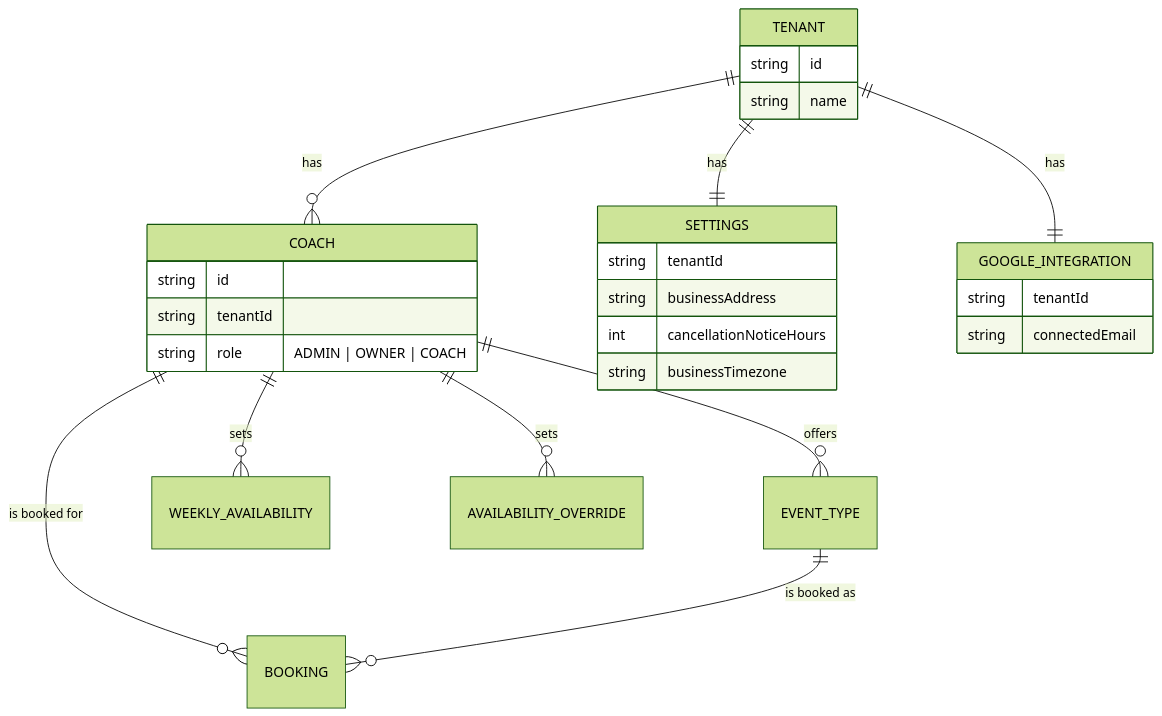
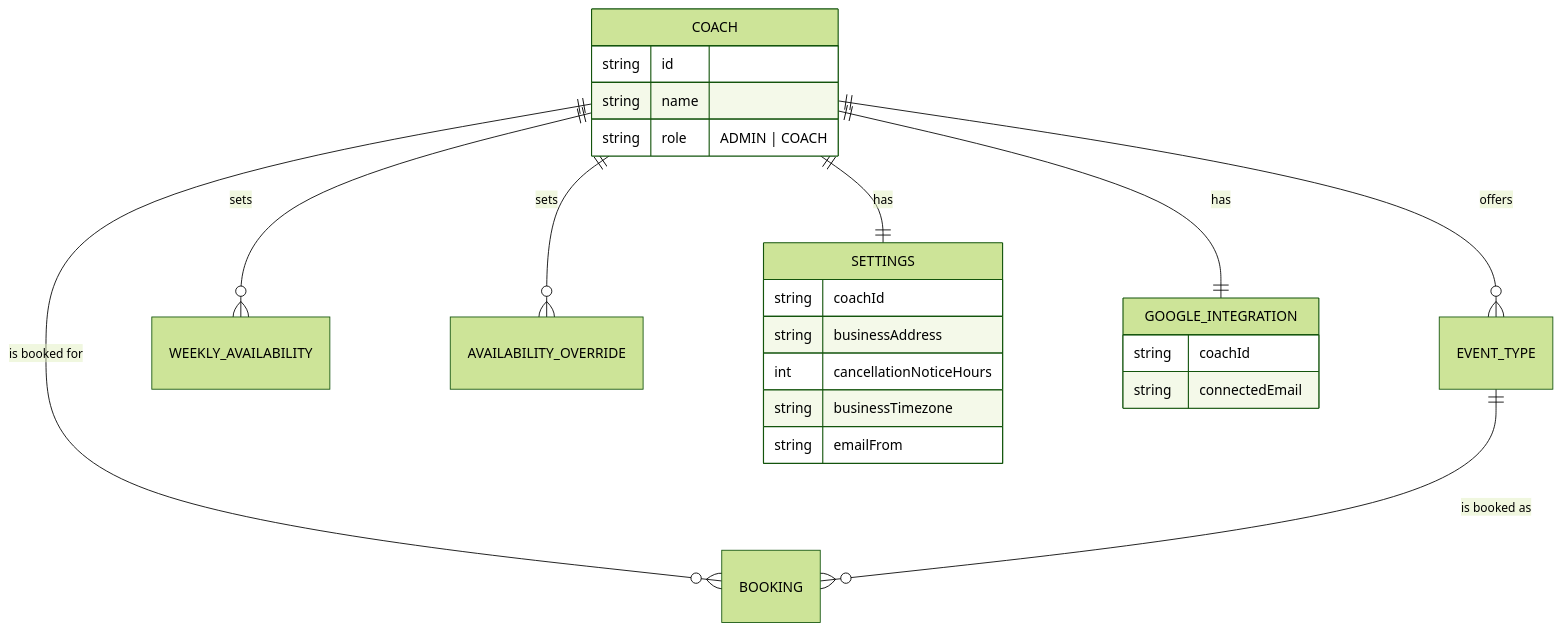
One commit to gerencserjani/betti-coaching-calendar changed the diagram in CONTEXT.md. Above: the diagram before and after it, drawn with Mermaid (forest theme). The commit also changed other lines of this file and 30 other files, not shown here.

````diff
--- a/CONTEXT.md
+++ b/CONTEXT.md
@@ -31,31 +24,27 @@
 ```mermaid
 erDiagram
-    TENANT ||--o{ COACH : "has"
-    TENANT ||--|| SETTINGS : "has"
-    TENANT ||--|| GOOGLE_INTEGRATION : "has"
     COACH ||--o{ EVENT_TYPE : "offers"
     COACH ||--o{ BOOKING : "is booked for"
     COACH ||--o{ WEEKLY_AVAILABILITY : "sets"
     COACH ||--o{ AVAILABILITY_OVERRIDE : "sets"
+    COACH ||--|| SETTINGS : "has"
+    COACH ||--|| GOOGLE_INTEGRATION : "has"
     EVENT_TYPE ||--o{ BOOKING : "is booked as"
 
-    TENANT {
+    COACH {
         string id
         string name
-    }
-    COACH {
-        string id
-        string tenantId
-        string role "ADMIN | OWNER | COACH"
+        string role "ADMIN | COACH"
     }
     SETTINGS {
-        string tenantId
+        string coachId
         string businessAddress
         int cancellationNoticeHours
         string businessTimezone
+        string emailFrom
     }
     GOOGLE_INTEGRATION {
-        string tenantId
+        string coachId
         string connectedEmail
     }
 ```
````
